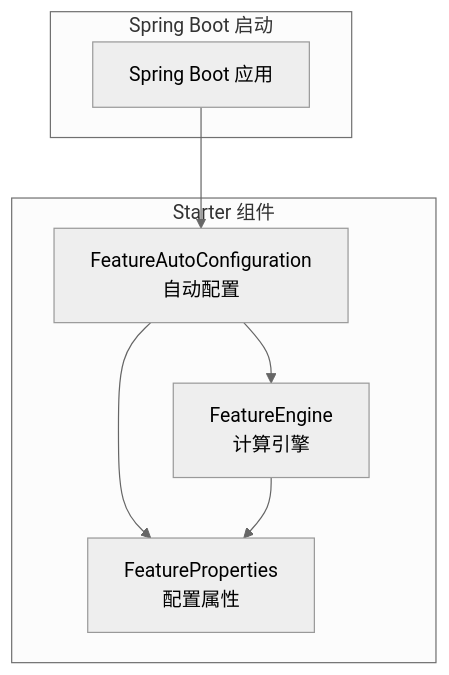
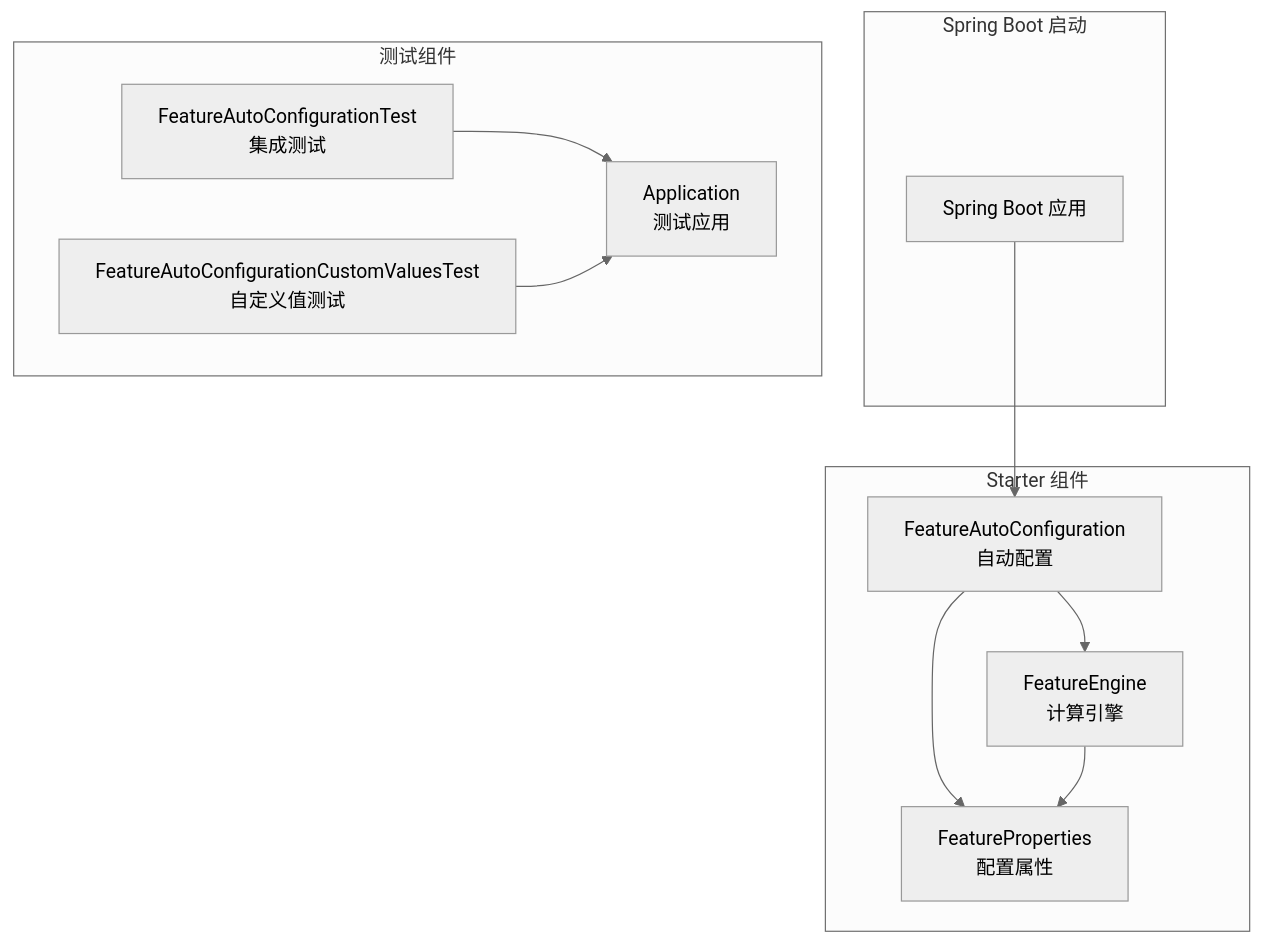
The first of 4 diagrams in .qoder/repowiki/zh/content/配置管理.md (txzhanghuan/feature), drawn with Mermaid (neutral theme) before and after one commit. The commit also changed other lines of this file and 18 other files, not shown here.

First line of the commit message:
test(feature-engine): 扩展文档与新增高级功能测试覆盖

````diff
--- a/.qoder/repowiki/zh/content/配置管理.md
+++ b/.qoder/repowiki/zh/content/配置管理.md
@@ -50,15 +55,22 @@
 ```mermaid
 graph TB
 subgraph "Spring Boot 启动"
 SB["Spring Boot 应用"]
 end
 subgraph "Starter 组件"
 FAC["FeatureAutoConfiguration<br/>自动配置"]
 FP["FeatureProperties<br/>配置属性"]
 FE["FeatureEngine<br/>计算引擎"]
 end
+subgraph "测试组件"
+FAT["FeatureAutoConfigurationTest<br/>集成测试"]
+FCT["FeatureAutoConfigurationCustomValuesTest<br/>自定义值测试"]
+APP["Application<br/>测试应用"]
+end
 SB --> FAC
 FAC --> FP
 FAC --> FE
 FE --> FP
+FAT --> APP
+FCT --> APP
 ```
````
